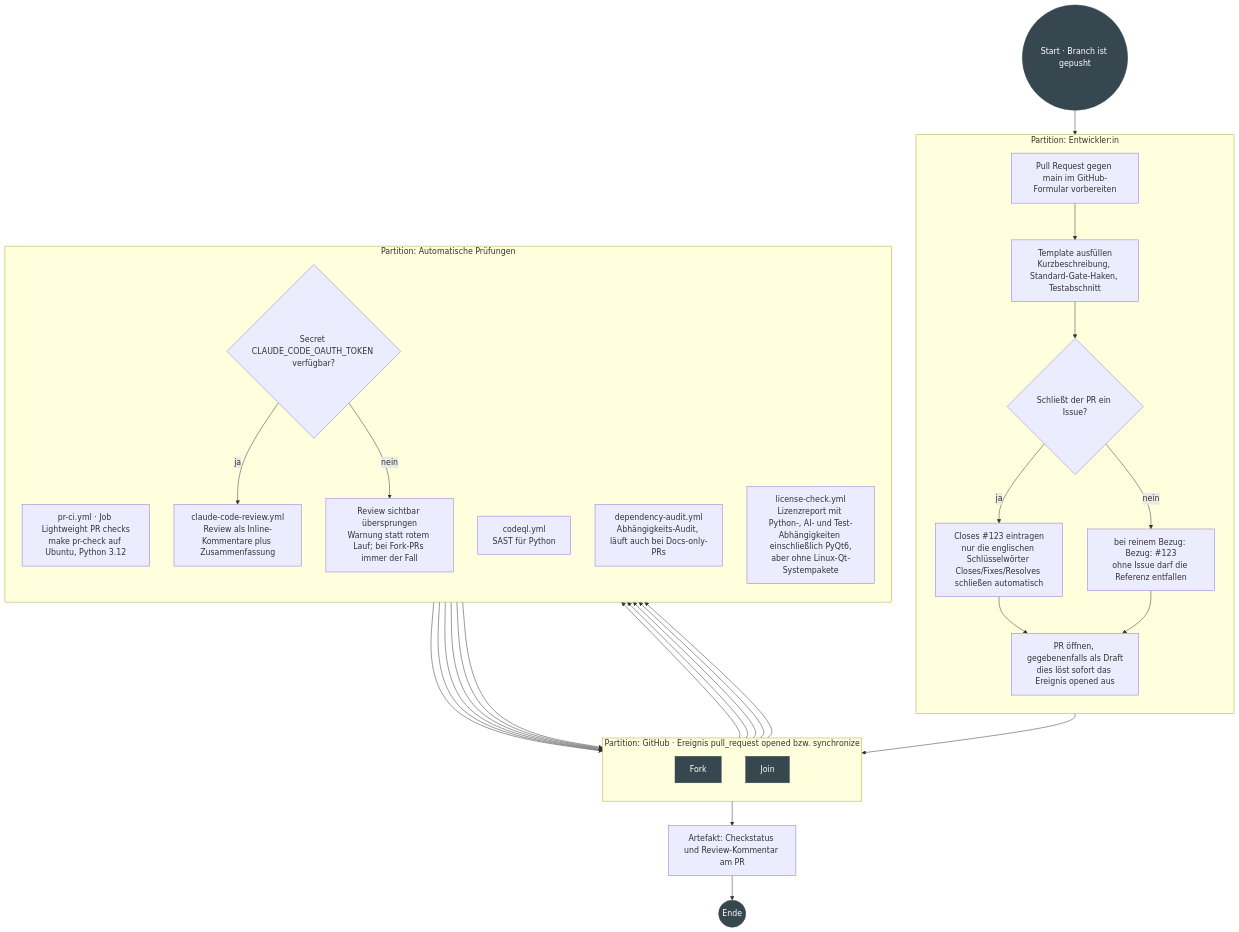
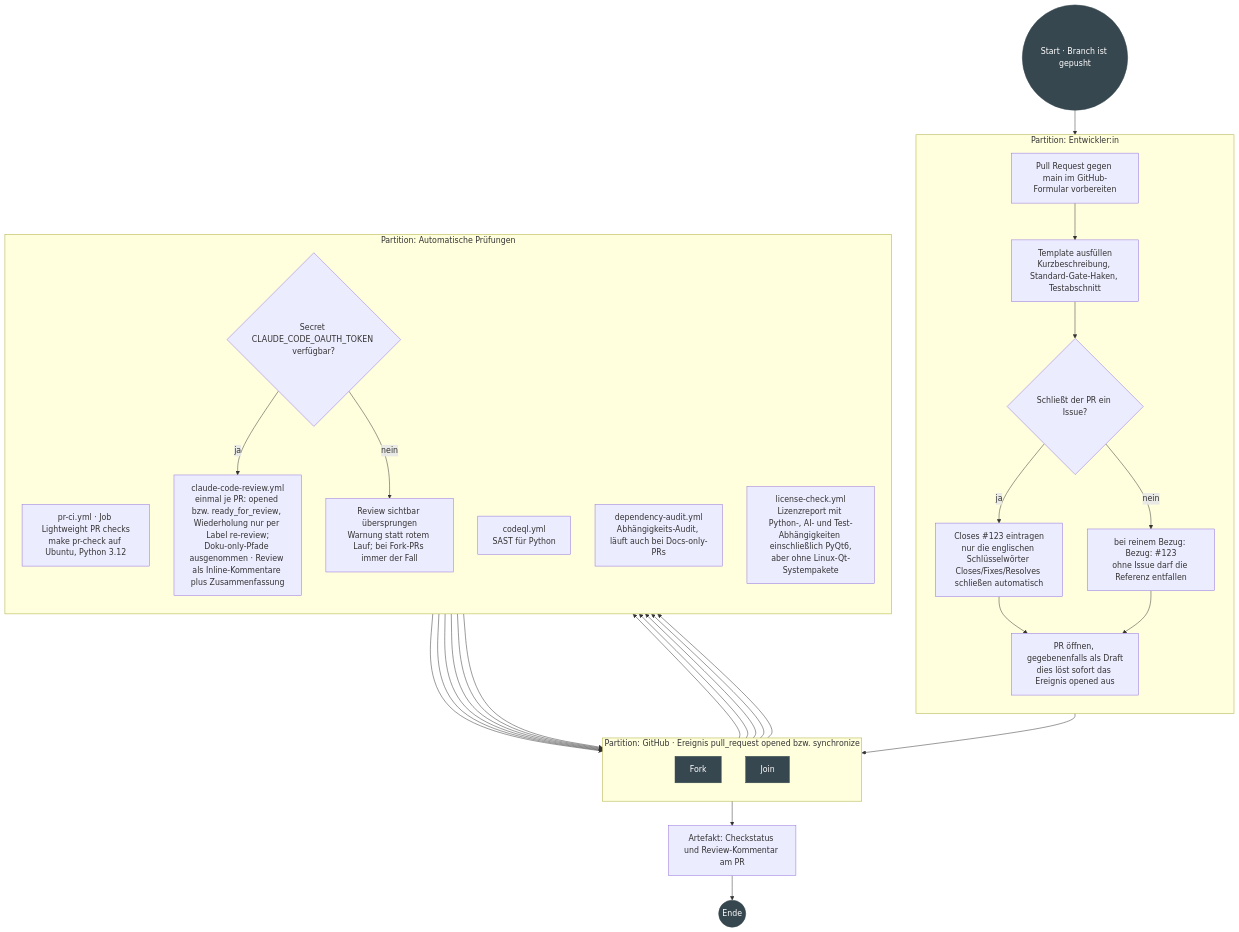
One commit to NikolayDA/picture_helper changed the second of 5 diagrams in docs/PROZESSE_UML.md. Above: the diagram before and after it, drawn with Mermaid. The commit also changed other lines of this file and 16 other files, not shown here.

````diff
--- a/docs/PROZESSE_UML.md
+++ b/docs/PROZESSE_UML.md
@@ -178,51 +186,51 @@
 ```mermaid
 flowchart TD
   START(("Start · Branch ist gepusht")):::terminal --> P1
 
   subgraph DEV["Partition: Entwickler:in"]
     direction TB
     P1["Pull Request gegen main im GitHub-Formular vorbereiten"]
     P2["Template ausfüllen<br/>Kurzbeschreibung, Standard-Gate-Haken, Testabschnitt"]
     PQ{"Schließt der PR ein Issue?"}
     P3["Closes #123 eintragen<br/>nur die englischen Schlüsselwörter Closes/Fixes/Resolves schließen automatisch"]
     P4["bei reinem Bezug: Bezug: #123<br/>ohne Issue darf die Referenz entfallen"]
     P5["PR öffnen, gegebenenfalls als Draft<br/>dies löst sofort das Ereignis opened aus"]
   end
 
   subgraph GH["Partition: GitHub · Ereignis pull_request opened bzw. synchronize"]
     direction TB
     F1["Fork"]:::bar
     J1["Join"]:::bar
   end
 
   subgraph CI["Partition: Automatische Prüfungen"]
     direction TB
     C1["pr-ci.yml · Job Lightweight PR checks<br/>make pr-check auf Ubuntu, Python 3.12"]
     C2["codeql.yml<br/>SAST für Python"]
     C3["dependency-audit.yml<br/>Abhängigkeits-Audit, läuft auch bei Docs-only-PRs"]
     C4["license-check.yml<br/>Lizenzreport mit Python-, AI- und Test-Abhängigkeiten einschließlich PyQt6,<br/>aber ohne Linux-Qt-Systempakete"]
     CQ{"Secret CLAUDE_CODE_OAUTH_TOKEN verfügbar?"}
-    C5["claude-code-review.yml<br/>Review als Inline-Kommentare plus Zusammenfassung"]
+    C5["claude-code-review.yml<br/>einmal je PR: opened bzw. ready_for_review, Wiederholung nur per Label re-review;<br/>Doku-only-Pfade ausgenommen · Review als Inline-Kommentare plus Zusammenfassung"]
     C6["Review sichtbar übersprungen<br/>Warnung statt rotem Lauf; bei Fork-PRs immer der Fall"]
   end
 
   P1 --> P2 --> PQ
   PQ -->|"ja"| P3 --> P5
   PQ -->|"nein"| P4 --> P5
   P5 --> F1
   F1 --> C1
   F1 --> C2
   F1 --> C3
   F1 --> C4
   F1 --> CQ
   CQ -->|"ja"| C5 --> J1
   CQ -->|"nein"| C6 --> J1
   C1 --> J1
   C2 --> J1
   C3 --> J1
   C4 --> J1
   J1 --> S1["Artefakt: Checkstatus und Review-Kommentar am PR"] --> ENDE(("Ende")):::terminal
 
   classDef terminal fill:#37474f,stroke:#37474f,color:#ffffff;
   classDef bar fill:#37474f,stroke:#37474f,color:#ffffff;
 ```
````
